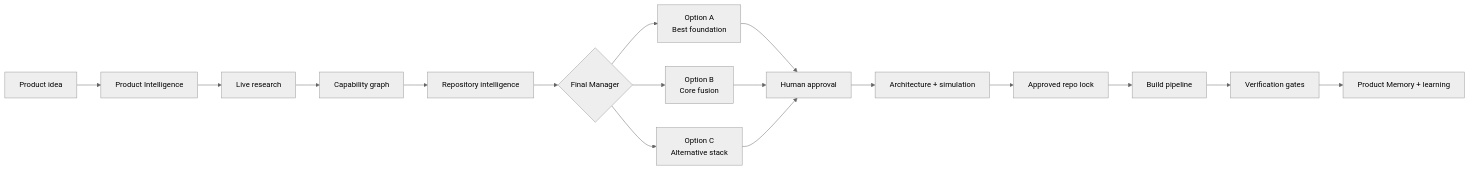
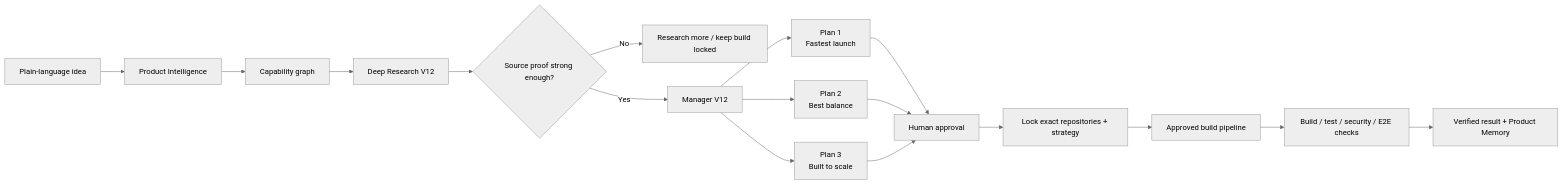
Before and after one commit to logeshv586-code/AIproductfactory: the first of 2 diagrams in README.md, drawn with Mermaid (neutral theme). The commit also changed other lines of this file and 1 other file, not shown here.

First line of the commit message:
docs: showcase current Product Studio and verified V12 research flow

````diff
--- a/README.md
+++ b/README.md
@@ -93,19 +75,19 @@
 ```mermaid
 flowchart LR
-    A[Product idea] --> B[Product Intelligence]
-    B --> C[Live research]
-    C --> D[Capability graph]
-    D --> E[Repository intelligence]
-    E --> F{Final Manager}
-    F --> G[Option A\nBest foundation]
-    F --> H[Option B\nCore fusion]
-    F --> I[Option C\nAlternative stack]
-    G --> J[Human approval]
-    H --> J
-    I --> J
-    J --> K[Architecture + simulation]
-    K --> L[Approved repo lock]
-    L --> M[Build pipeline]
-    M --> N[Verification gates]
-    N --> O[Product Memory + learning]
+    A[Plain-language idea] --> B[Product Intelligence]
+    B --> C[Capability graph]
+    C --> D[Deep Research V12]
+    D --> E{Source proof strong enough?}
+    E -- No --> F[Research more / keep build locked]
+    E -- Yes --> G[Manager V12]
+    G --> H[Plan 1\nFastest launch]
+    G --> I[Plan 2\nBest balance]
+    G --> J[Plan 3\nBuilt to scale]
+    H --> K[Human approval]
+    I --> K
+    J --> K
+    K --> L[Lock exact repositories + strategy]
+    L --> M[Approved build pipeline]
+    M --> N[Build / test / security / E2E checks]
+    N --> O[Verified result + Product Memory]
 ```
````
